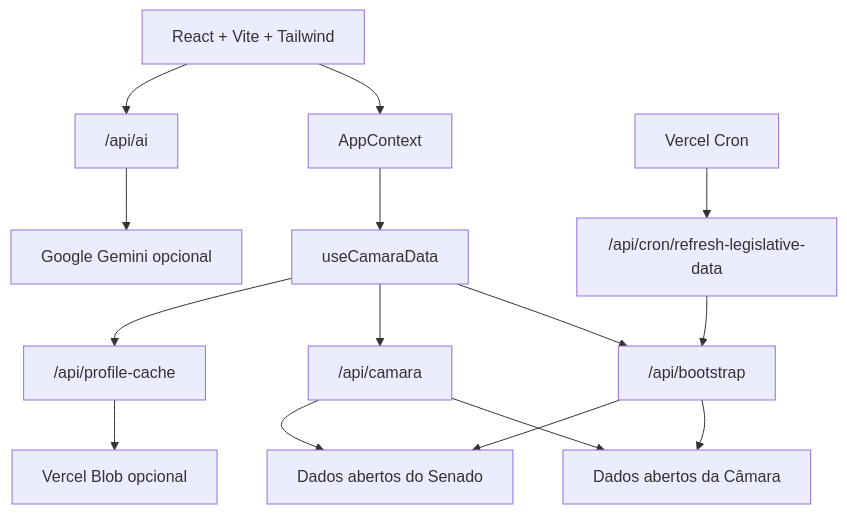
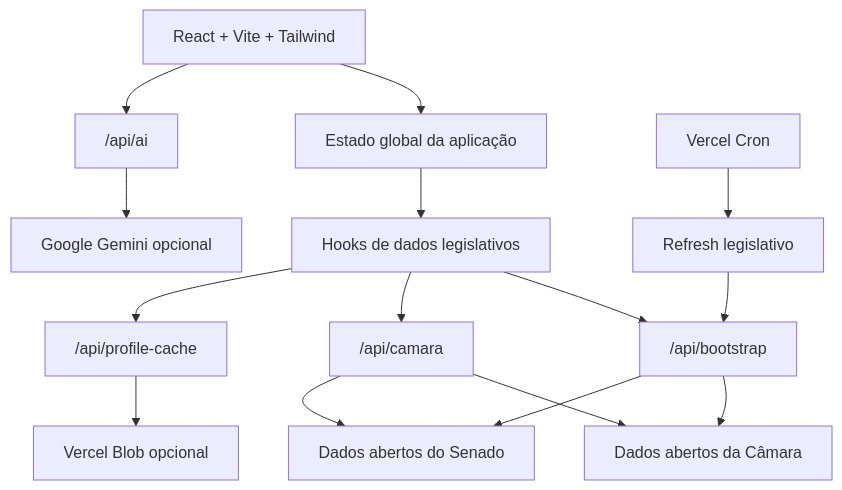
The second of 2 diagrams in README.md (Chrisllan02/Papo-Reto), drawn with Mermaid before and after one commit. The commit also changed other lines of this file, not shown here.

````diff
--- a/README.md
+++ b/README.md
@@ -65,17 +56,17 @@
 ```mermaid
 flowchart TB
-  UI["React + Vite + Tailwind"] --> CTX["AppContext"]
-  CTX --> HOOK["useCamaraData"]
+  UI["React + Vite + Tailwind"] --> CTX["Estado global da aplicação"]
+  CTX --> HOOK["Hooks de dados legislativos"]
   HOOK --> BOOT["/api/bootstrap"]
   HOOK --> PROXY["/api/camara"]
   HOOK --> CACHE["/api/profile-cache"]
   UI --> AI["/api/ai"]
-  CRON["Vercel Cron"] --> JOB["/api/cron/refresh-legislative-data"]
+  CRON["Vercel Cron"] --> JOB["Refresh legislativo"]
   JOB --> BOOT
   BOOT --> CAMARA["Dados abertos da Câmara"]
   BOOT --> SENADO["Dados abertos do Senado"]
   PROXY --> CAMARA
   PROXY --> SENADO
   CACHE --> BLOB["Vercel Blob opcional"]
   AI --> GEMINI["Google Gemini opcional"]
 ```
````
